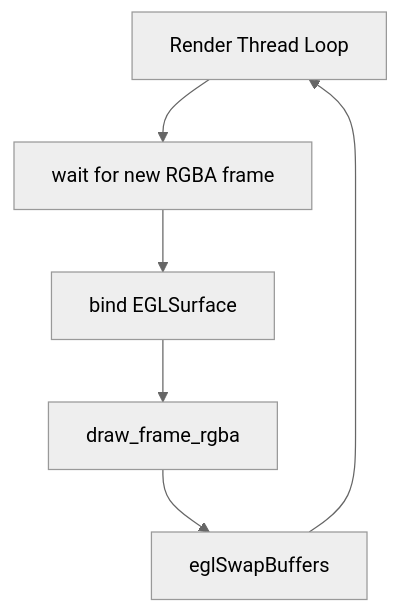
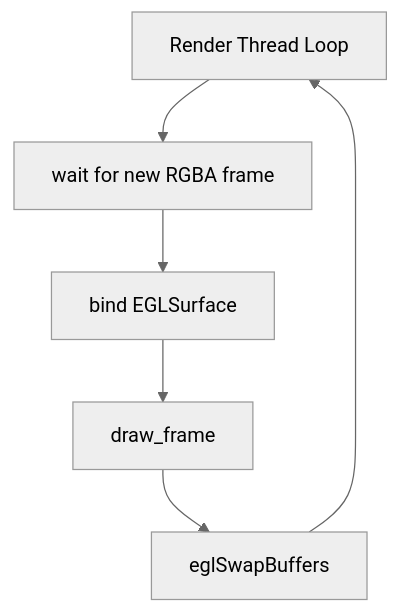
One commit to Atomos-X/Camera2Magic changed the fifth of 6 diagrams in document/workflow.md. Above: the diagram before and after it, drawn with Mermaid (neutral theme). The commit also changed other lines of this file and 7 other files, not shown here.

````diff
--- a/document/workflow.md
+++ b/document/workflow.md
@@ -71,9 +71,9 @@
     ```mermaid
     flowchart TD
         S0[Render Thread Loop]
         S0 --> S1[wait for new RGBA frame]
         S1 --> S2[bind EGLSurface]
-        S2 --> S3[draw_frame_rgba]
+        S2 --> S3[draw_frame]
         S3 --> S4[eglSwapBuffers]
         S4 --> S0
     ```
````
